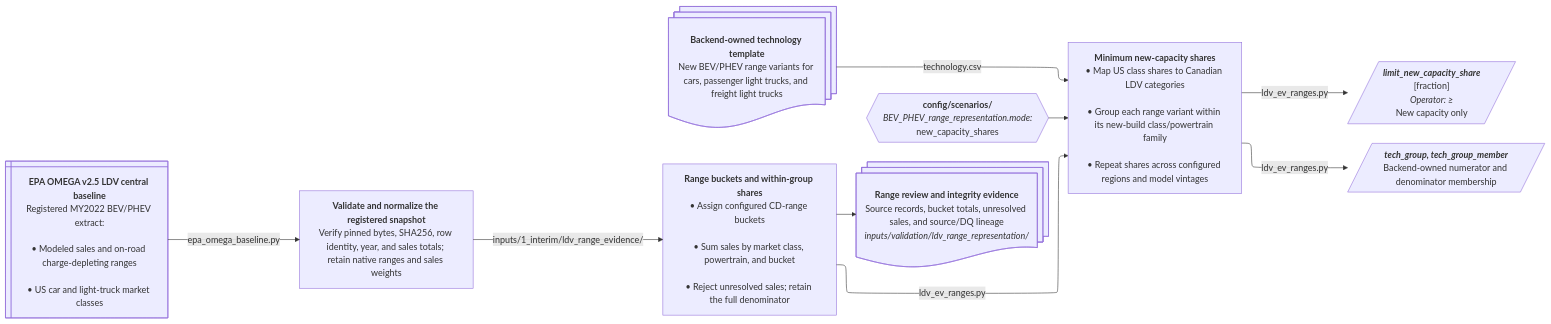
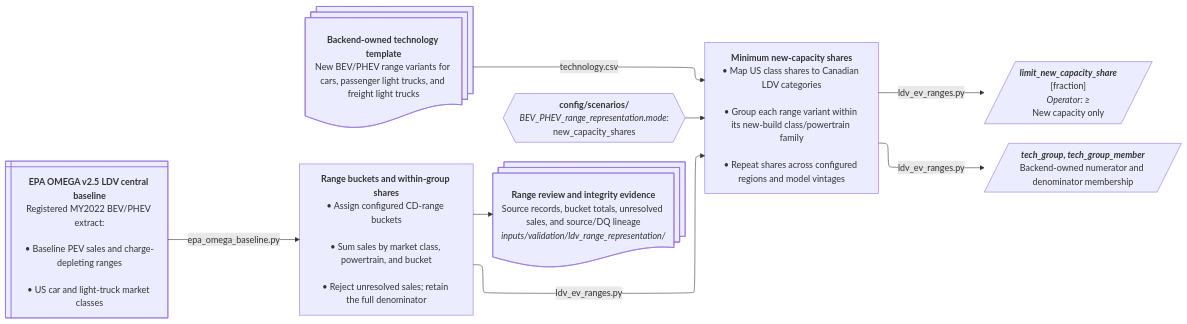
One commit to CANOE-main/canoe-transportation changed diagram 11 of 12 in docs/etl_flowcharts.md. Above: the diagram before and after it, drawn with Mermaid. The commit also changed other lines of this file and 53 other files, not shown here.

````diff
--- a/docs/etl_flowcharts.md
+++ b/docs/etl_flowcharts.md
@@ -951,52 +949,48 @@
 ```mermaid
 ---
 config:
   layout: elk
   flowchart:
     nodeSpacing: 35
     rankSpacing: 50
     wrappingWidth: 250
 ---
 flowchart LR
-  %% #to-review
   %% ############ Sources ###########
   s1@{shape: win-pane, label: "**EPA OMEGA v2.5 LDV central baseline**
     Registered MY2022 BEV/PHEV extract:<br>
-    • Modeled sales and on-road charge-depleting ranges<br>
+    • Baseline PEV sales and charge-depleting ranges<br>
     • US car and light-truck market classes"}
   s2@{shape: docs, label: "**Backend-owned technology template**
     New BEV/PHEV range variants for cars, passenger light trucks, and freight light trucks"}
 
   %% ############ Processes ###########
-  p1["`**Validate and normalize the registered snapshot**
-    Verify pinned bytes, SHA256, row identity, year, and sales totals; retain native ranges and sales weights`"]
   p2["`**Range buckets and within-group shares**
     • Assign configured CD-range buckets<br>
     • Sum sales by market class, powertrain, and bucket<br>
     • Reject unresolved sales; retain the full denominator`"]
   p0@{shape: hex, label: "**config/scenarios/**
     *BEV_PHEV_range_representation.mode:*
     new_capacity_shares"}
   p3["`**Minimum new-capacity shares**
     • Map US class shares to Canadian LDV categories<br>
     • Group each range variant within its new-build class/powertrain family<br>
     • Repeat shares across configured regions and model vintages`"]
 
-  s1 -- epa_omega_baseline.py --> p1
-  p1 -- inputs/1_interim/ldv_range_evidence/ --> p2
+  s1 -- epa_omega_baseline.py --> p2
   p2 -- ldv_ev_ranges.py --> p3
   p0 --> p3
   s2 -- technology.csv --> p3
   p2 --> a1@{shape: docs, label: "**Range review and integrity evidence**
     Source records, bucket totals, unresolved sales, and source/DQ lineage
     *inputs/validation/ldv_range_representation/*"}
   p3 -- ldv_ev_ranges.py --> o1[/"`***limit_new_capacity_share***
     [fraction]
     *Operator: ≥*
     New capacity only`"/]
   p3 -- ldv_ev_ranges.py --> o2[/"`***tech_group, tech_group_member***
     Backend-owned numerator and denominator membership`"/]
 
   %% --- Hyperlinks ---
   click s1 "https://www.epa.gov/regulations-emissions-vehicles-and-engines/optimization-model-reducing-emissions-greenhouse-gases"
 ```
````
